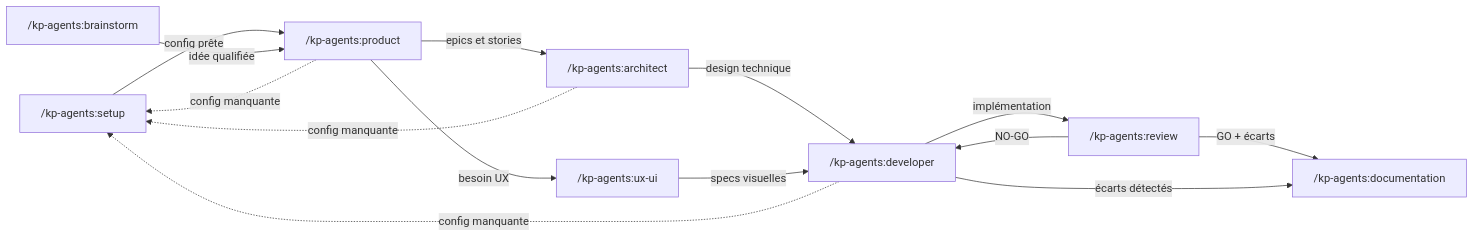
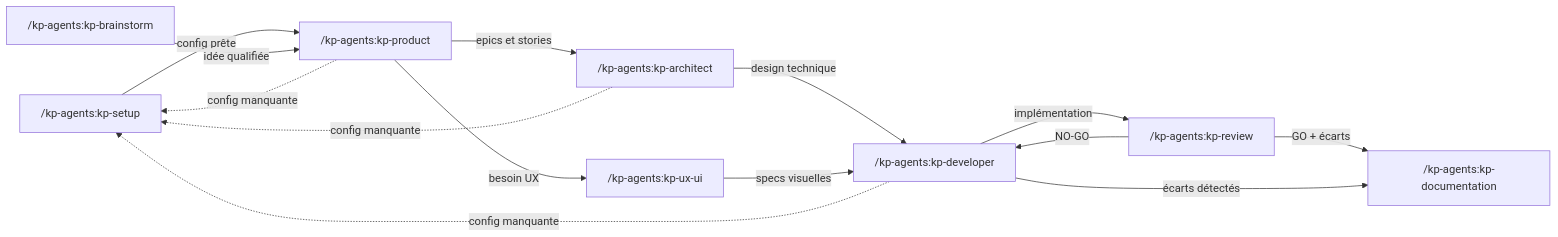
One commit to KeyProd/kp-agents changed the diagram in AGENTS.md. Above: the diagram before and after it, drawn with Mermaid. The commit also changed other lines of this file and 129 other files, not shown here.

````diff
--- a/AGENTS.md
+++ b/AGENTS.md
@@ -111,16 +111,16 @@
 ```mermaid
 flowchart LR
-    S["/kp-agents:setup"] -->|config prête| P["/kp-agents:product"]
-    B["/kp-agents:brainstorm"] -->|idée qualifiée| P
-    P -->|epics et stories| A["/kp-agents:architect"]
-    P -->|besoin UX| UX["/kp-agents:ux-ui"]
-    A -->|design technique| D["/kp-agents:developer"]
+    S["/kp-agents:kp-setup"] -->|config prête| P["/kp-agents:kp-product"]
+    B["/kp-agents:kp-brainstorm"] -->|idée qualifiée| P
+    P -->|epics et stories| A["/kp-agents:kp-architect"]
+    P -->|besoin UX| UX["/kp-agents:kp-ux-ui"]
+    A -->|design technique| D["/kp-agents:kp-developer"]
     UX -->|specs visuelles| D
-    D -->|implémentation| R["/kp-agents:review"]
+    D -->|implémentation| R["/kp-agents:kp-review"]
     R -->|NO-GO| D
-    R -->|GO + écarts| DOC["/kp-agents:documentation"]
+    R -->|GO + écarts| DOC["/kp-agents:kp-documentation"]
     D -->|écarts détectés| DOC
     P -. config manquante .-> S
     A -. config manquante .-> S
     D -. config manquante .-> S
 ```
````
